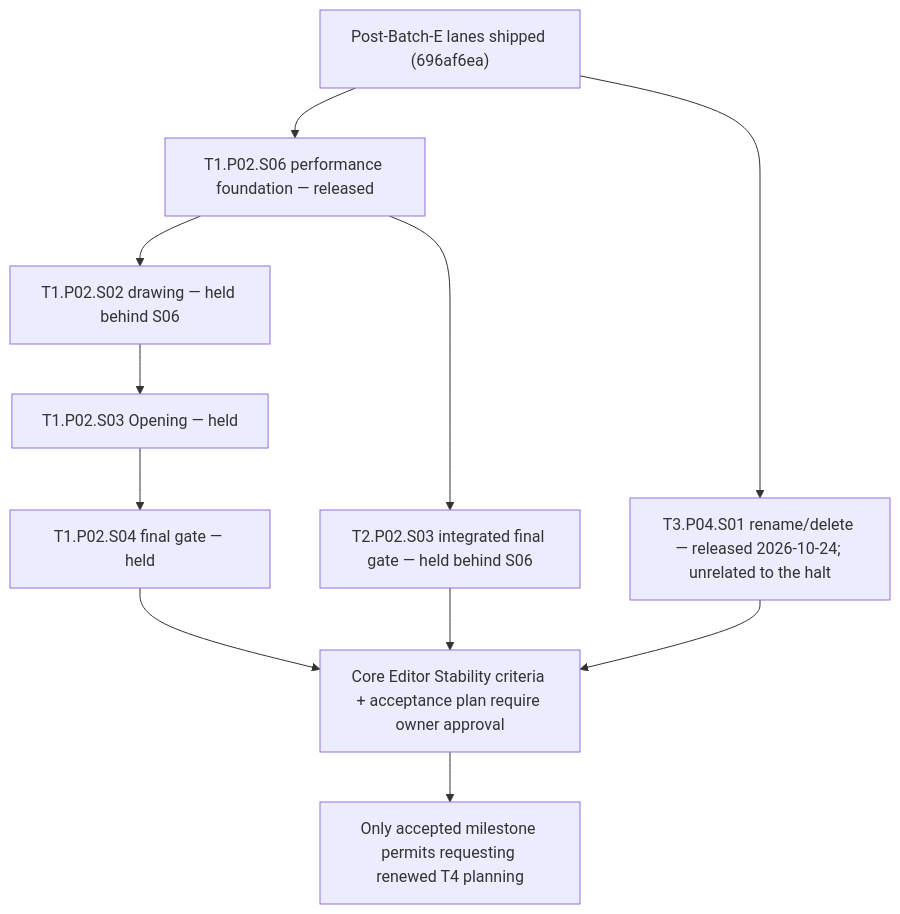
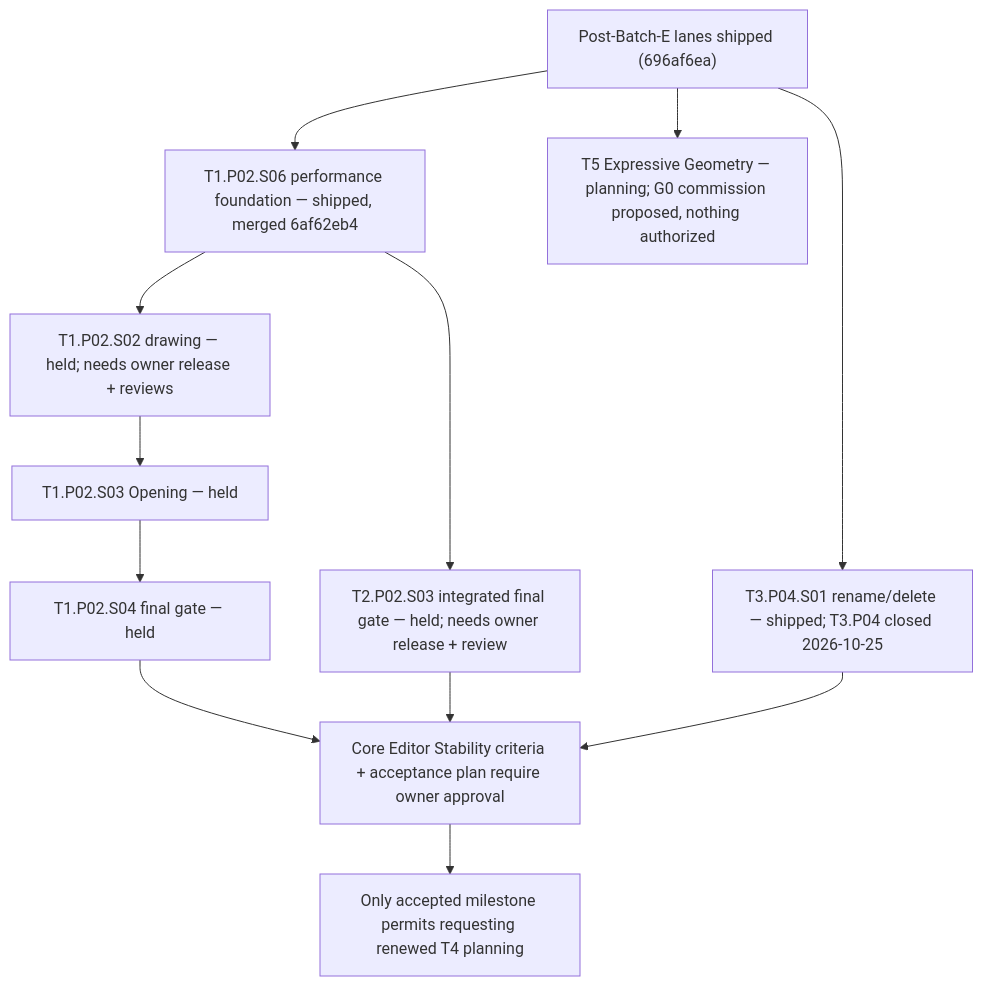
One commit to Biskiq/spatial-sketch-editor changed the diagram in docs/roadmap/cross-track-execution.md. Above: the diagram before and after it, drawn with Mermaid. The commit also changed other lines of this file and 8 other files, not shown here.

First line of the commit message:
docs(roadmap): reconcile post-S06 coordination and register T5

````diff
--- a/docs/roadmap/cross-track-execution.md
+++ b/docs/roadmap/cross-track-execution.md
@@ -72,14 +79,15 @@
 ```mermaid
 flowchart TD
   B["Post-Batch-E lanes shipped (696af6ea)"]
-  B --> P["T1.P02.S06 performance foundation — released"]
-  P --> D["T1.P02.S02 drawing — held behind S06"]
+  B --> P["T1.P02.S06 performance foundation — shipped, merged 6af62eb4"]
+  P --> D["T1.P02.S02 drawing — held; needs owner release + reviews"]
   D --> O["T1.P02.S03 Opening — held"]
   O --> F["T1.P02.S04 final gate — held"]
-  P --> IF["T2.P02.S03 integrated final gate — held behind S06"]
-  B --> C["T3.P04.S01 rename/delete — released 2026-10-24; unrelated to the halt"]
+  P --> IF["T2.P02.S03 integrated final gate — held; needs owner release + review"]
+  B --> C["T3.P04.S01 rename/delete — shipped; T3.P04 closed 2026-10-25"]
+  B --> T5["T5 Expressive Geometry — planning; G0 commission proposed, nothing authorized"]
   F --> CES["Core Editor Stability criteria + acceptance plan require owner approval"]
   IF --> CES
   C --> CES
   CES --> T4["Only accepted milestone permits requesting renewed T4 planning"]
 ```
````
